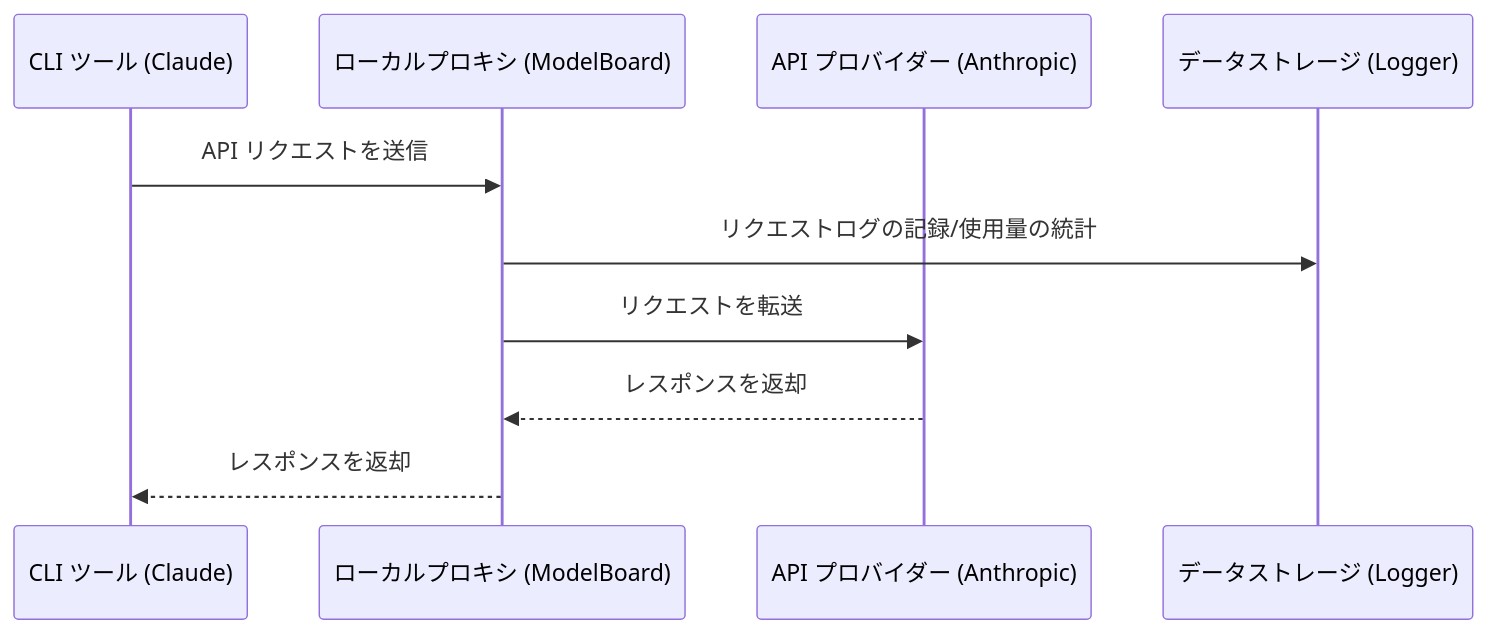
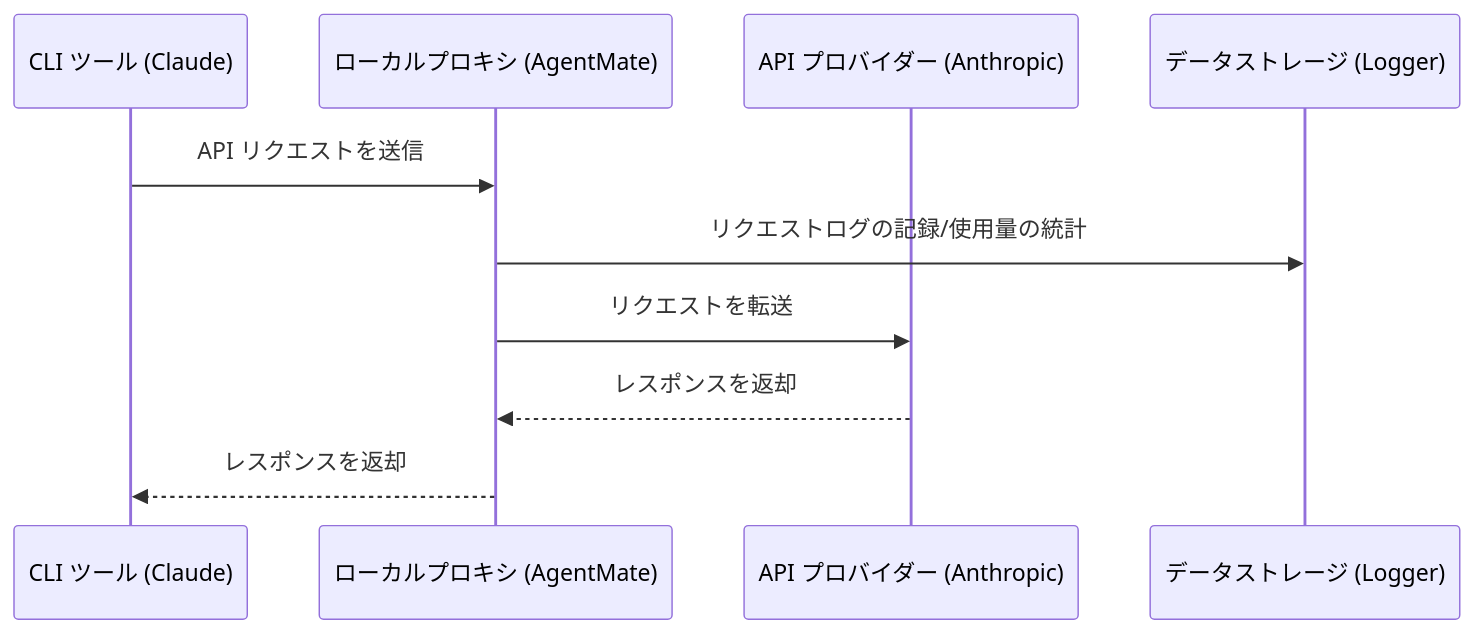
Before and after one commit to peter123023/AgentMate: the diagram in docs/user-manual/ja/4-proxy/4.1-service.md, drawn with Mermaid. The commit also changed other lines of this file and 256 other files, not shown here.

First line of the commit message:
rebrand: rename ModelBoard to AgentMate

````diff
--- a/docs/user-manual/ja/4-proxy/4.1-service.md
+++ b/docs/user-manual/ja/4-proxy/4.1-service.md
@@ -116,13 +116,13 @@
 ```mermaid
 sequenceDiagram
     participant CLI as CLI ツール (Claude)
-    participant Proxy as ローカルプロキシ (ModelBoard)
+    participant Proxy as ローカルプロキシ (AgentMate)
     participant API as API プロバイダー (Anthropic)
     participant DB as データストレージ (Logger)
 
     CLI->>Proxy: API リクエストを送信
     Proxy->>DB: リクエストログの記録/使用量の統計
     Proxy->>API: リクエストを転送
     API-->>Proxy: レスポンスを返却
     Proxy-->>CLI: レスポンスを返却
 ```
````
